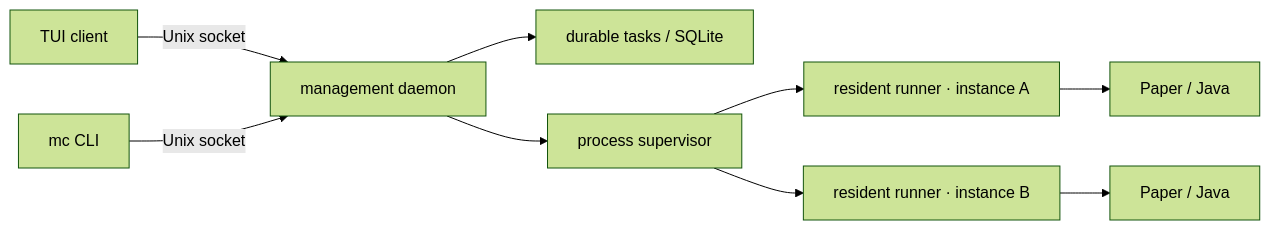
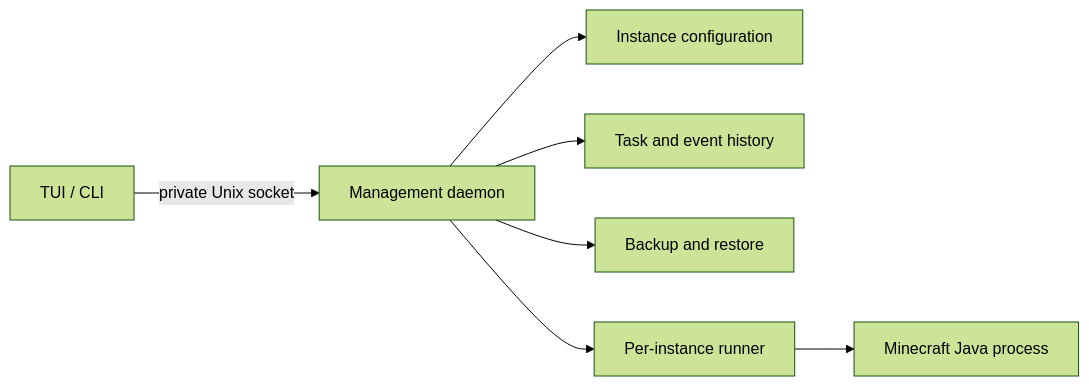
The diagram in README.md (JUANWANG-BUAA/mc-server-tui), drawn with Mermaid (forest theme) before and after one commit. The commit also changed other lines of this file and 36 other files, not shown here.

````diff
--- a/README.md
+++ b/README.md
@@ -245,11 +120,9 @@
 ```mermaid
 flowchart LR
-    TUI["TUI client"] -->|Unix socket| D["management daemon"]
-    CLI["mc CLI"] -->|Unix socket| D
-    D --> T["durable tasks / SQLite"]
-    D --> S["process supervisor"]
-    S --> RA["resident runner · instance A"]
-    S --> RB["resident runner · instance B"]
-    RA --> JA["Paper / Java"]
-    RB --> JB["Paper / Java"]
+    T[TUI / CLI] -->|private Unix socket| D[Management daemon]
+    D --> I[Instance configuration]
+    D --> Q[Task and event history]
+    D --> B[Backup and restore]
+    D --> R[Per-instance runner]
+    R --> J[Minecraft Java process]
 ```
````
